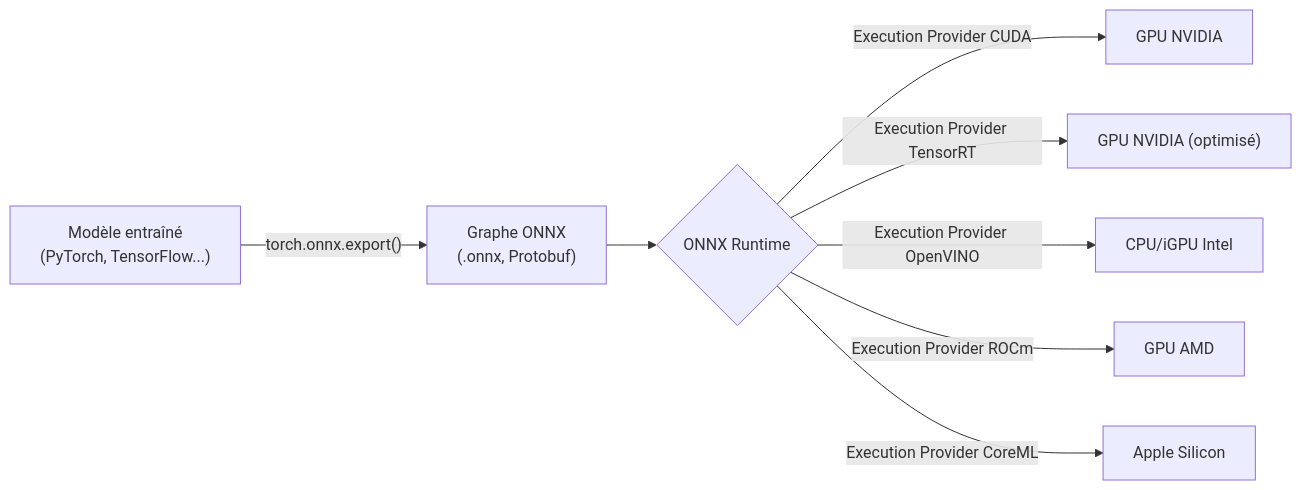
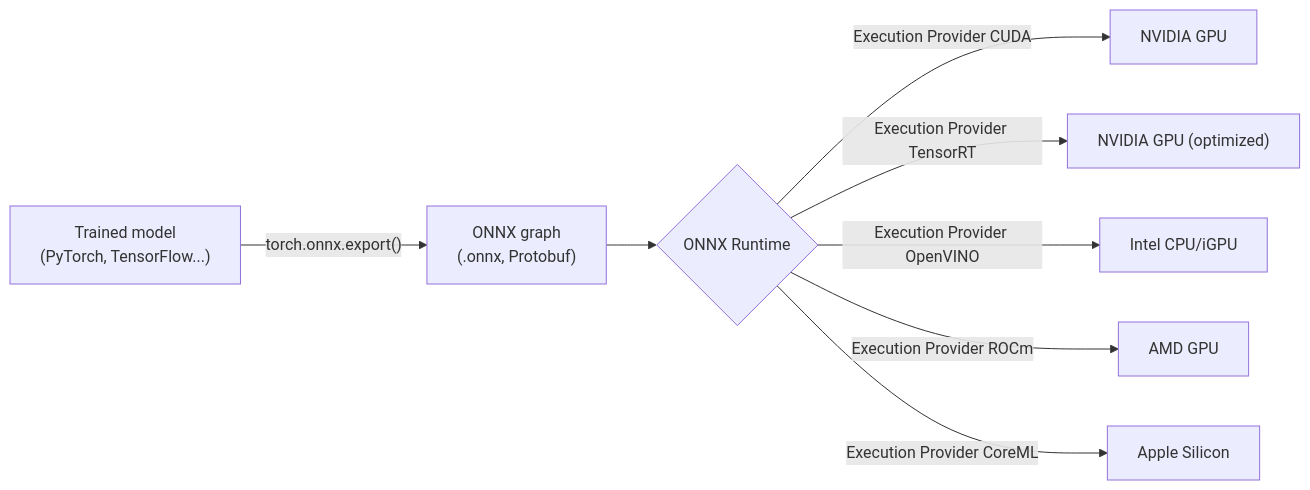
One commit to ADORSYS-GIS/Custom-Ai-Ops changed the third of 6 diagrams in docs/explain/onnx.md. Above: the diagram before and after it, drawn with Mermaid. The commit also changed other lines of this file, not shown here.

````diff
--- a/docs/explain/onnx.md
+++ b/docs/explain/onnx.md
@@ -78,10 +78,10 @@
 ```mermaid
 flowchart LR
-    A["Modèle entraîné\n(PyTorch, TensorFlow...)"] -->|"torch.onnx.export()"| B["Graphe ONNX\n(.onnx, Protobuf)"]
+    A["Trained model\n(PyTorch, TensorFlow...)"] -->|"torch.onnx.export()"| B["ONNX graph\n(.onnx, Protobuf)"]
     B --> C{"ONNX Runtime"}
-    C -->|"Execution Provider CUDA"| D1["GPU NVIDIA"]
-    C -->|"Execution Provider TensorRT"| D2["GPU NVIDIA (optimisé)"]
-    C -->|"Execution Provider OpenVINO"| D3["CPU/iGPU Intel"]
-    C -->|"Execution Provider ROCm"| D4["GPU AMD"]
+    C -->|"Execution Provider CUDA"| D1["NVIDIA GPU"]
+    C -->|"Execution Provider TensorRT"| D2["NVIDIA GPU (optimized)"]
+    C -->|"Execution Provider OpenVINO"| D3["Intel CPU/iGPU"]
+    C -->|"Execution Provider ROCm"| D4["AMD GPU"]
     C -->|"Execution Provider CoreML"| D5["Apple Silicon"]
 ```
````
